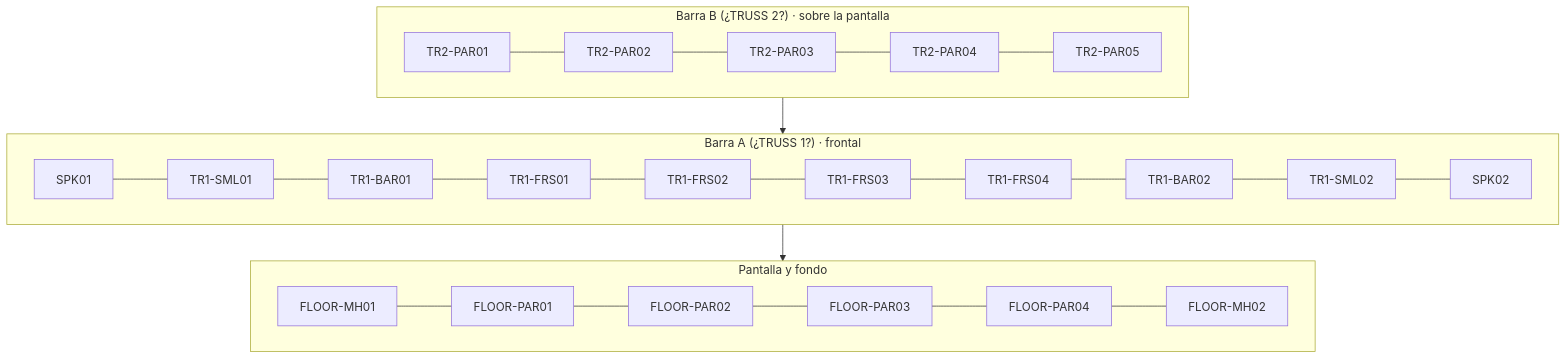
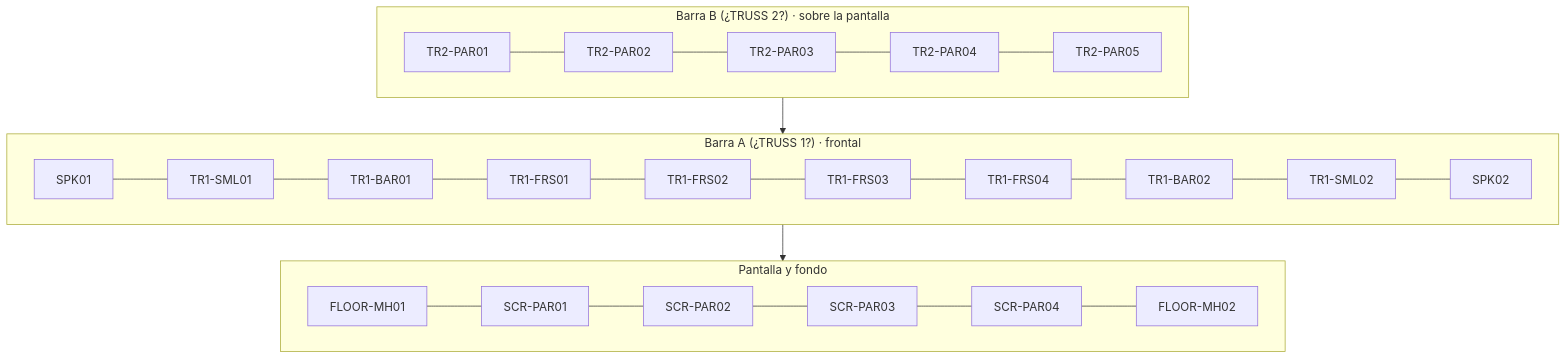
The diagram in .claude/skills/stage-architect/diagrams/front-view.md (iglesiacic/ableton), drawn with Mermaid before and after one commit. The commit also changed 15 other files, not shown here.

First line of the commit message:
stage-architect: record zone answers and grandMA2 layer screenshot data

````diff
--- a/.claude/skills/stage-architect/diagrams/front-view.md
+++ b/.claude/skills/stage-architect/diagrams/front-view.md
@@ -5,16 +5,16 @@
 ```mermaid
 flowchart TB
   subgraph B["Barra B (¿TRUSS 2?) · sobre la pantalla"]
     direction LR
     P1["TR2-PAR01"] --- P2["TR2-PAR02"] --- P3["TR2-PAR03"] --- P4["TR2-PAR04"] --- P5["TR2-PAR05"]
   end
   subgraph A["Barra A (¿TRUSS 1?) · frontal"]
     direction LR
     SL["SPK01"] --- C1["TR1-SML01"] --- B1["TR1-BAR01"] --- F1["TR1-FRS01"] --- F2["TR1-FRS02"] --- F3["TR1-FRS03"] --- F4["TR1-FRS04"] --- B2["TR1-BAR02"] --- C2["TR1-SML02"] --- SR["SPK02"]
   end
   subgraph S["Pantalla y fondo"]
     direction LR
-    M1["FLOOR-MH01"] --- G1["FLOOR-PAR01"] --- G2["FLOOR-PAR02"] --- G3["FLOOR-PAR03"] --- G4["FLOOR-PAR04"] --- M2["FLOOR-MH02"]
+    M1["FLOOR-MH01"] --- G1["SCR-PAR01"] --- G2["SCR-PAR02"] --- G3["SCR-PAR03"] --- G4["SCR-PAR04"] --- M2["FLOOR-MH02"]
   end
   B --> A --> S
 ```
````
